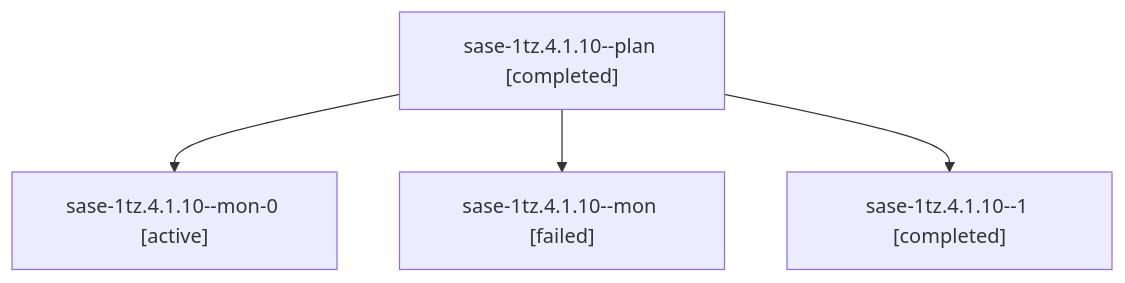
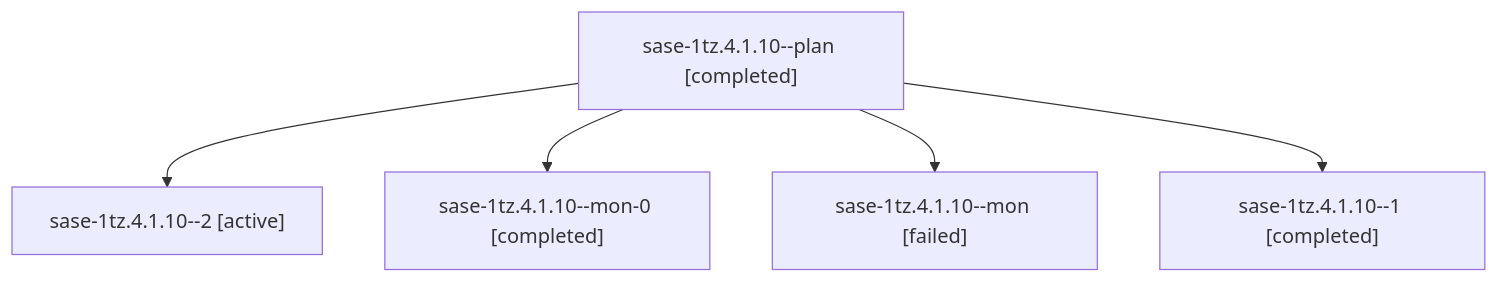
Before and after one commit to sase-org/sase--agents: the diagram in sessions/bbugyi200.athena.sase-1tz.4.1.10.md, drawn with Mermaid. The commit also changed other lines of this file and 110 other files, not shown here.

````diff
--- a/sessions/bbugyi200.athena.sase-1tz.4.1.10.md
+++ b/sessions/bbugyi200.athena.sase-1tz.4.1.10.md
@@ -9,10 +9,12 @@
 ```mermaid
 flowchart TD
   n0["sase-1tz.4.1.10--plan [completed]"]
-  n1["sase-1tz.4.1.10--mon-0 [active]"]
+  n1["sase-1tz.4.1.10--2 [active]"]
   n0 --> n1
-  n2["sase-1tz.4.1.10--mon [failed]"]
+  n2["sase-1tz.4.1.10--mon-0 [completed]"]
   n0 --> n2
-  n3["sase-1tz.4.1.10--1 [completed]"]
+  n3["sase-1tz.4.1.10--mon [failed]"]
   n0 --> n3
+  n4["sase-1tz.4.1.10--1 [completed]"]
+  n0 --> n4
 ```
````
